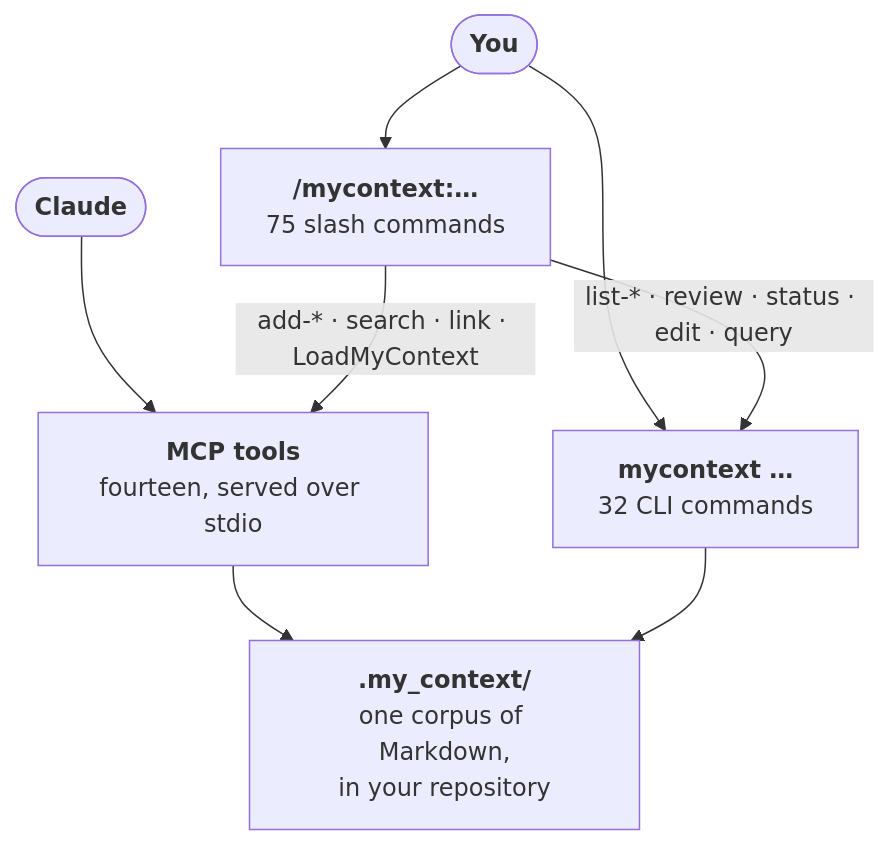
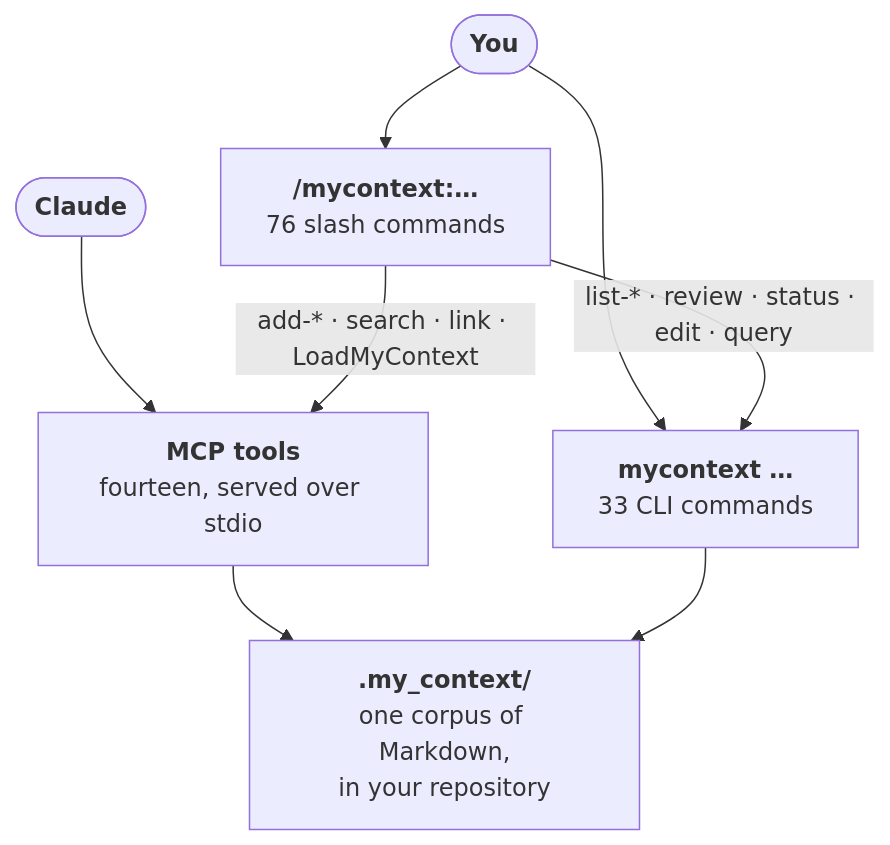
Before and after one commit to Dudi-Bar-On/my-context: the fourth of 5 diagrams in README.md, drawn with Mermaid. The commit also changed other lines of this file and 10 other files, not shown here.

First line of the commit message:
feat(cli): mycontext ui — per-platform browser opening, printed-URL fallback

````diff
--- a/README.md
+++ b/README.md
@@ -1769,10 +1769,10 @@
 ```mermaid
 flowchart TB
-  U(["<b>You</b>"]) --> SL["<b>/mycontext:…</b><br/>75 slash commands"]
-  U --> CL["<b>mycontext …</b><br/>32 CLI commands"]
+  U(["<b>You</b>"]) --> SL["<b>/mycontext:…</b><br/>76 slash commands"]
+  U --> CL["<b>mycontext …</b><br/>33 CLI commands"]
   A(["<b>Claude</b>"]) --> TL["<b>MCP tools</b><br/>fourteen, served over stdio"]
   SL -->|"add-* · search · link · LoadMyContext"| TL
   SL -->|"list-* · review · status · edit · query"| CL
   TL --> CO["<b>.my_context/</b><br/>one corpus of Markdown,<br/>in your repository"]
   CL --> CO
 ```
````
